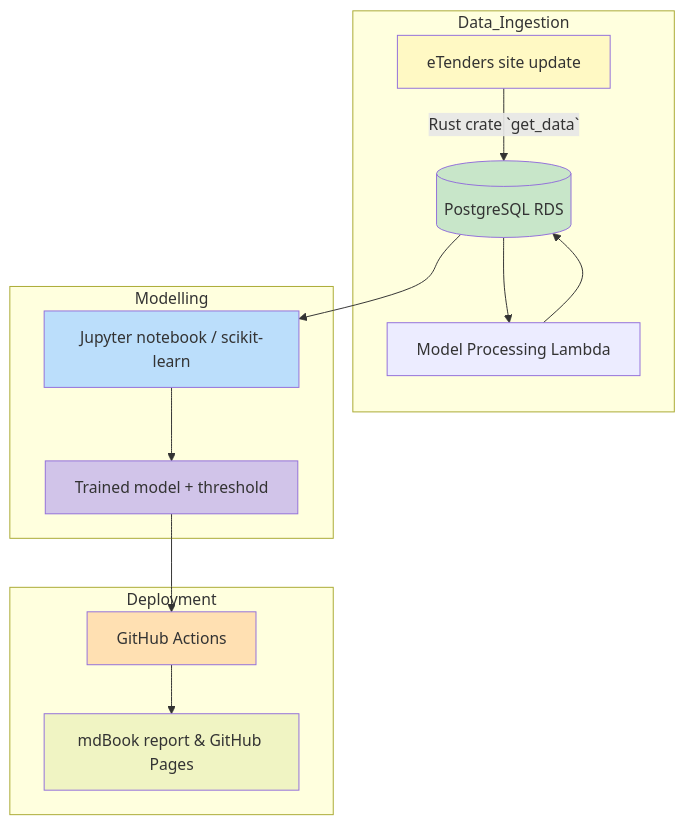
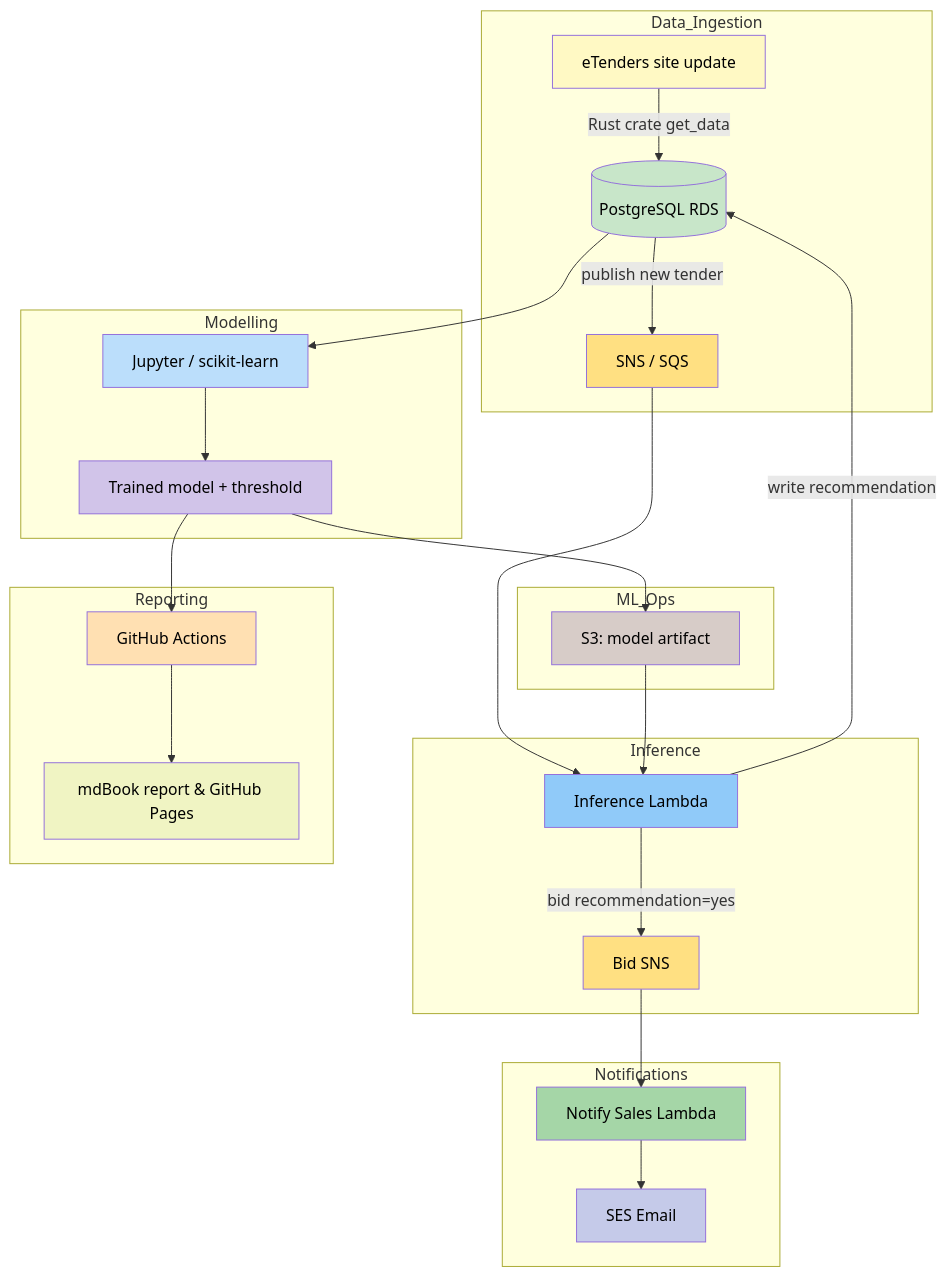
Before and after one commit to robertsweetman/module_2: the diagram in mdbook/src/1_slide.md, drawn with Mermaid. The commit also changed other lines of this file and 10 other files, not shown here.

````diff
--- a/mdbook/src/1_slide.md
+++ b/mdbook/src/1_slide.md
@@ -186,26 +186,47 @@
 ```mermaid
 graph TD;
   subgraph Data_Ingestion
-    A[eTenders site update] -->|Rust crate `get_data`| B[(PostgreSQL RDS)]
-    B --> C[Model Processing Lambda]
-    C --> B
+    A[eTenders site update] -->|Rust crate get_data| B[(PostgreSQL RDS)]
+    B -->|publish new tender| I[SNS / SQS]
   end
 
   subgraph Modelling
-    B --> D[Jupyter notebook / scikit-learn]
+    B --> D[Jupyter / scikit-learn]
     D --> E[Trained model + threshold]
   end
 
-  subgraph Deployment
+  subgraph ML_Ops
+    E --> H[S3: model artifact]
+  end
+
+  subgraph Inference
+    I --> L[Inference Lambda]
+    H --> L
+    L -->|write recommendation| B
+    L -->|bid recommendation=yes| J[Bid SNS]
+  end
+
+  subgraph Notifications
+    J --> M[Notify Sales Lambda]
+    M --> N[SES Email]
+  end
+
+  subgraph Reporting
     E --> F[GitHub Actions]
     F --> G[mdBook report & GitHub Pages]
   end
 
-  style A fill:#fff9c4
-  style B fill:#c8e6c9
-  style D fill:#bbdefb
-  style E fill:#d1c4e9
-  style F fill:#ffe0b2
-  style G fill:#f0f4c3
-
+  %% Styling
+  style A fill:#fff9c4,color:#000
+  style B fill:#c8e6c9,color:#000
+  style D fill:#bbdefb,color:#000
+  style E fill:#d1c4e9,color:#000
+  style H fill:#d7ccc8,color:#000
+  style I fill:#ffe082,color:#000
+  style L fill:#90caf9,color:#000
+  style F fill:#ffe0b2,color:#000
+  style G fill:#f0f4c3,color:#000
+  style J fill:#ffe082,color:#000
+  style M fill:#a5d6a7,color:#000
+  style N fill:#c5cae9,color:#000
 ```
````
